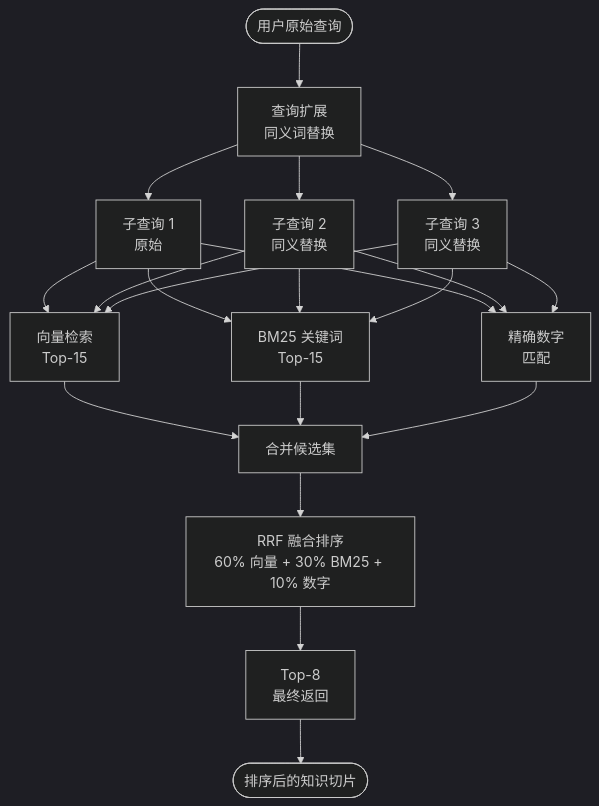
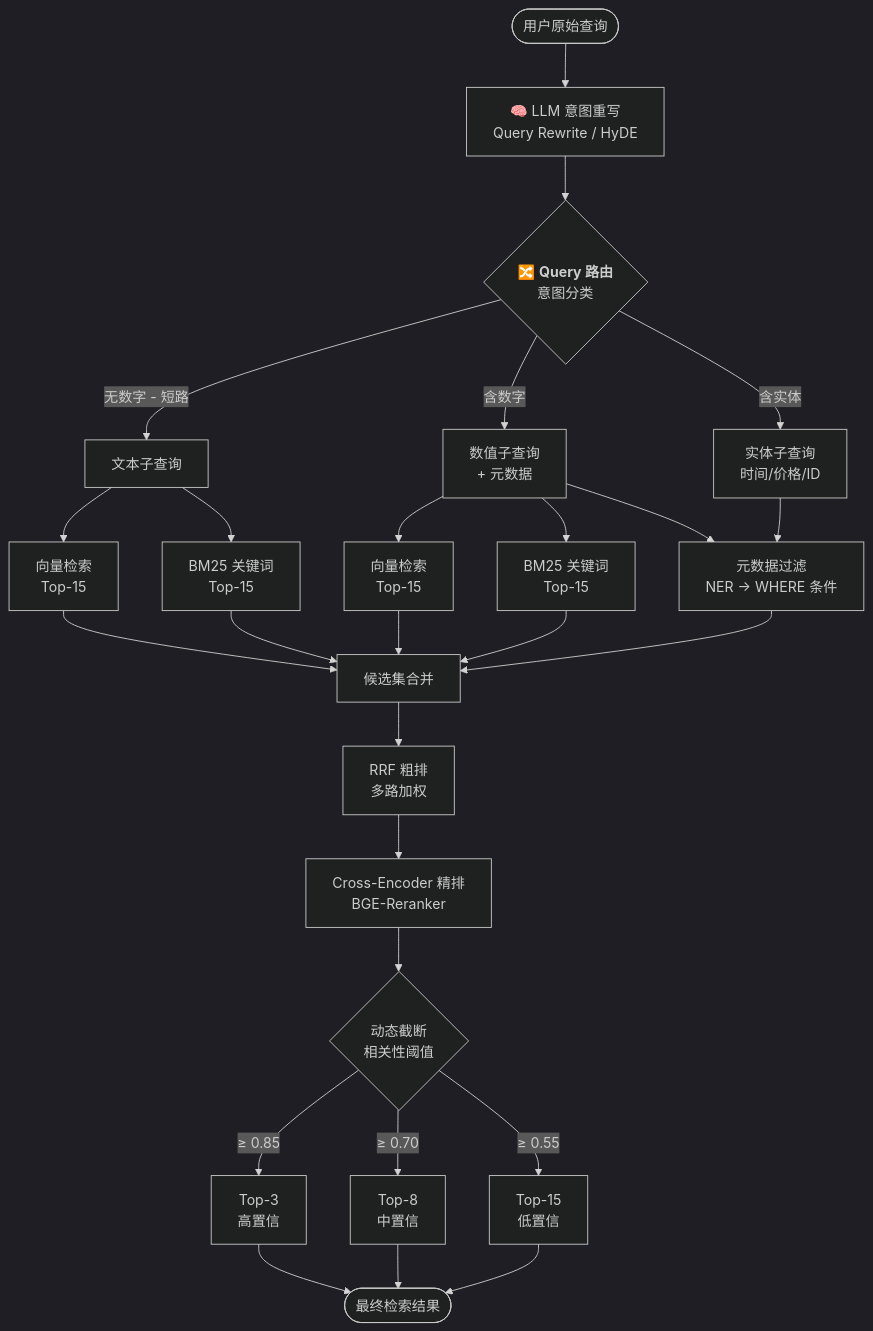
The fourth of 16 diagrams in 项目数据流程图与架构图集.md (hejing-new/Taday-AI-), drawn with Mermaid (dark theme) before and after one commit. The commit also changed other lines of this file, not shown here.

````diff
--- a/项目数据流程图与架构图集.md
+++ b/项目数据流程图与架构图集.md
@@ -175,28 +175,37 @@
 ```mermaid
 flowchart TD
-    Q([用户原始查询]) --> EXPAND[查询扩展<br/>同义词替换]
-    EXPAND --> SQ1[子查询 1<br/>原始]
-    EXPAND --> SQ2[子查询 2<br/>同义替换]
-    EXPAND --> SQ3[子查询 3<br/>同义替换]
+    Q([用户原始查询]) --> LLM_REWRITE["🧠 LLM 意图重写<br/>Query Rewrite / HyDE"]
 
-    SQ1 --> VECT[向量检索<br/>Top-15]
-    SQ2 --> VECT
-    SQ3 --> VECT
+    LLM_REWRITE --> QUERY_ROUTE{"🔀 <b>Query 路由</b><br/>意图分类"}
 
-    SQ1 --> BM[BM25 关键词<br/>Top-15]
-    SQ2 --> BM
-    SQ3 --> BM
+    QUERY_ROUTE -->|"无数字 - 短路"| SUB_TEXT["文本子查询"]
+    QUERY_ROUTE -->|"含数字"| SUB_NUM["数值子查询<br/>+ 元数据"]
+    QUERY_ROUTE -->|"含实体"| SUB_ENT["实体子查询<br/>时间/价格/ID"]
 
-    SQ1 --> NUM[精确数字<br/>匹配]
-    SQ2 --> NUM
-    SQ3 --> NUM
+    SUB_TEXT --> VECT1["向量检索<br/>Top-15"]
+    SUB_TEXT --> BM1["BM25 关键词<br/>Top-15"]
 
-    VECT --> MERGE[合并候选集]
-    BM --> MERGE
-    NUM --> MERGE
+    SUB_NUM --> VECT2["向量检索<br/>Top-15"]
+    SUB_NUM --> BM2["BM25 关键词<br/>Top-15"]
+    SUB_NUM --> META["元数据过滤<br/>NER → WHERE 条件"]
 
-    MERGE --> RRF[RRF 融合排序<br/>60% 向量 + 30% BM25 + 10% 数字]
+    SUB_ENT --> META
 
-    RRF --> TOP[Top-8<br/>最终返回]
-    TOP --> OUT([排序后的知识切片])
+    VECT1 --> MERGE["候选集合并"]
+    BM1 --> MERGE
+    VECT2 --> MERGE
+    BM2 --> MERGE
+    META --> MERGE
+
+    MERGE --> RRF["RRF 粗排<br/>多路加权"]
+    RRF --> RERANK["Cross-Encoder 精排<br/>BGE-Reranker"]
+    RERANK --> DYNAMIC{"动态截断<br/>相关性阈值"}
+
+    DYNAMIC -->|"≥ 0.85"| TOP_FEW["Top-3<br/>高置信"]
+    DYNAMIC -->|"≥ 0.70"| TOP_MID["Top-8<br/>中置信"]
+    DYNAMIC -->|"≥ 0.55"| TOP_MORE["Top-15<br/>低置信"]
+
+    TOP_FEW --> OUT([最终检索结果])
+    TOP_MID --> OUT
+    TOP_MORE --> OUT
 ```
````
